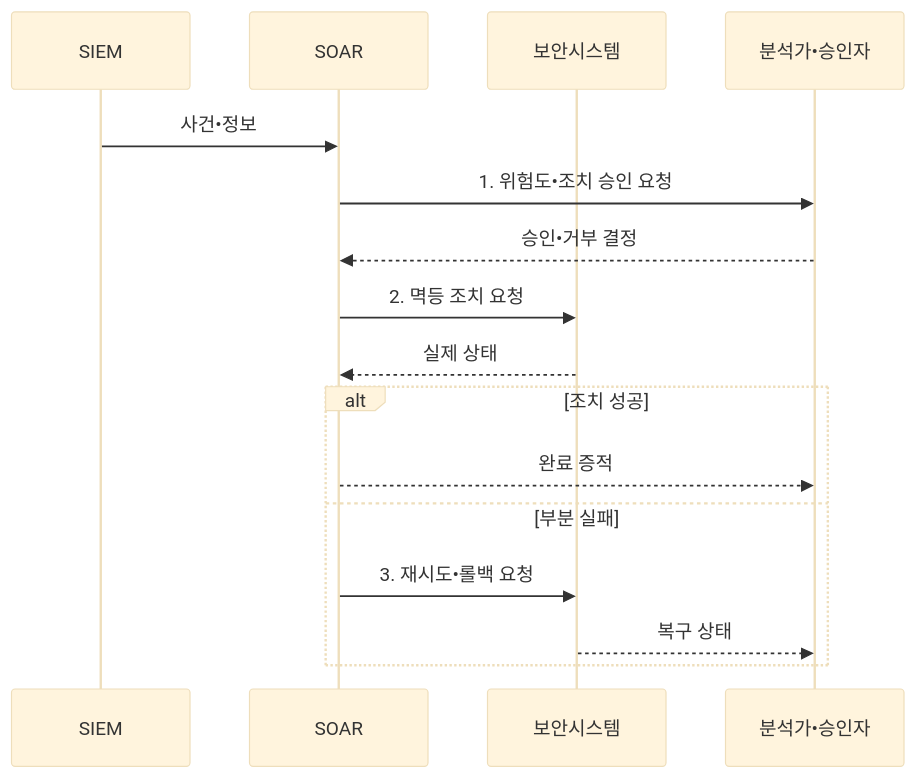
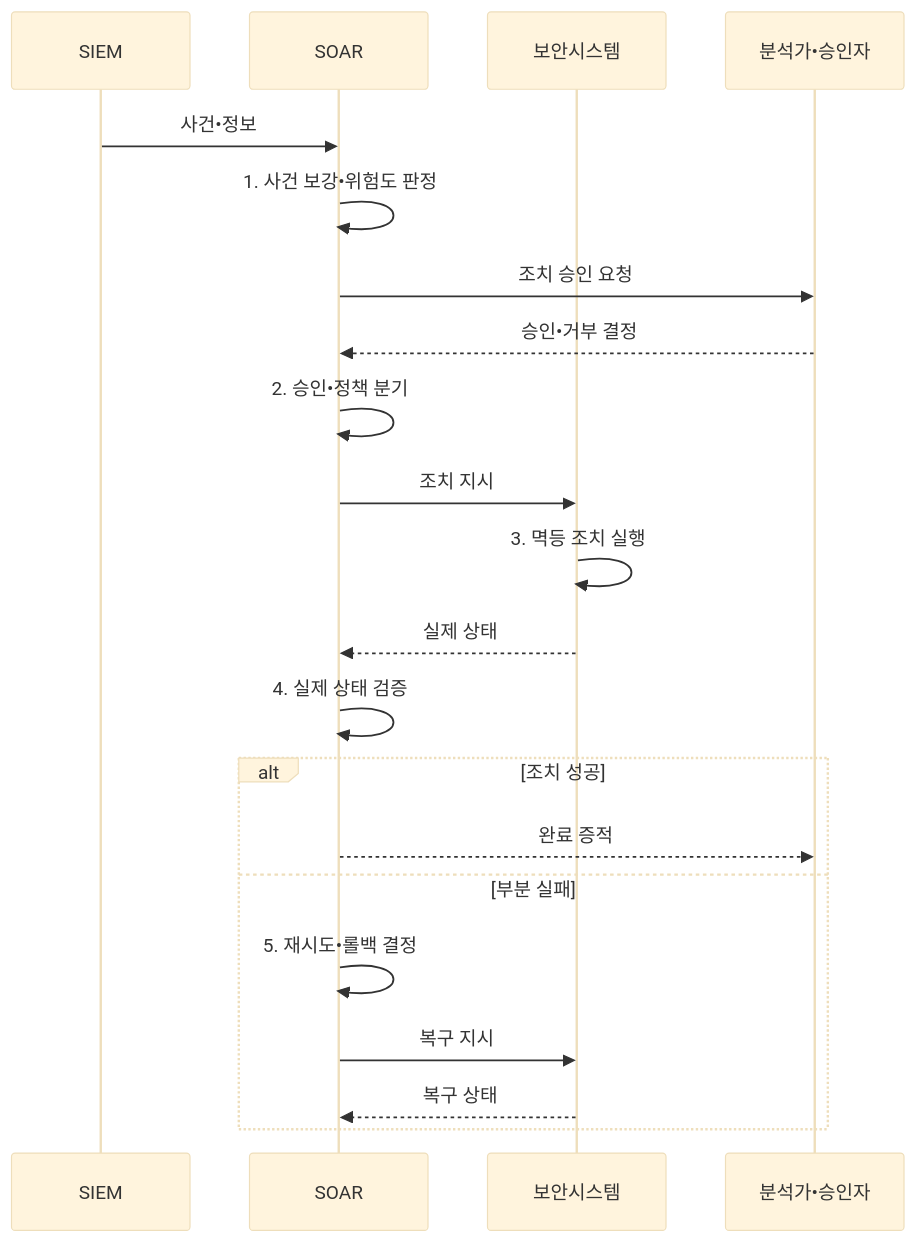
Before and after one commit to agnusdei1207/knowledge-base: the second of 2 diagrams in src/content/docs/notes/05-security/036_soar.md, drawn with Mermaid (base theme). The commit also changed other lines of this file and 13 other files, not shown here.

````diff
--- a/src/content/docs/notes/05-security/036_soar.md
+++ b/src/content/docs/notes/05-security/036_soar.md
@@ -104,18 +104,23 @@
 ```mermaid
 sequenceDiagram
     participant SIEM
     participant SOAR
     participant 보안시스템
     participant 분석가 as 분석가•승인자
     SIEM->>SOAR: 사건•정보
-    SOAR->>분석가: 1. 위험도•조치 승인 요청
+    SOAR->>SOAR: 1. 사건 보강•위험도 판정
+    SOAR->>분석가: 조치 승인 요청
     분석가-->>SOAR: 승인•거부 결정
-    SOAR->>보안시스템: 2. 멱등 조치 요청
+    SOAR->>SOAR: 2. 승인•정책 분기
+    SOAR->>보안시스템: 조치 지시
+    보안시스템->>보안시스템: 3. 멱등 조치 실행
     보안시스템-->>SOAR: 실제 상태
+    SOAR->>SOAR: 4. 실제 상태 검증
     alt 조치 성공
         SOAR-->>분석가: 완료 증적
     else 부분 실패
-        SOAR->>보안시스템: 3. 재시도•롤백 요청
-        보안시스템-->>분석가: 복구 상태
+        SOAR->>SOAR: 5. 재시도•롤백 결정
+        SOAR->>보안시스템: 복구 지시
+        보안시스템-->>SOAR: 복구 상태
     end
 ```
````
